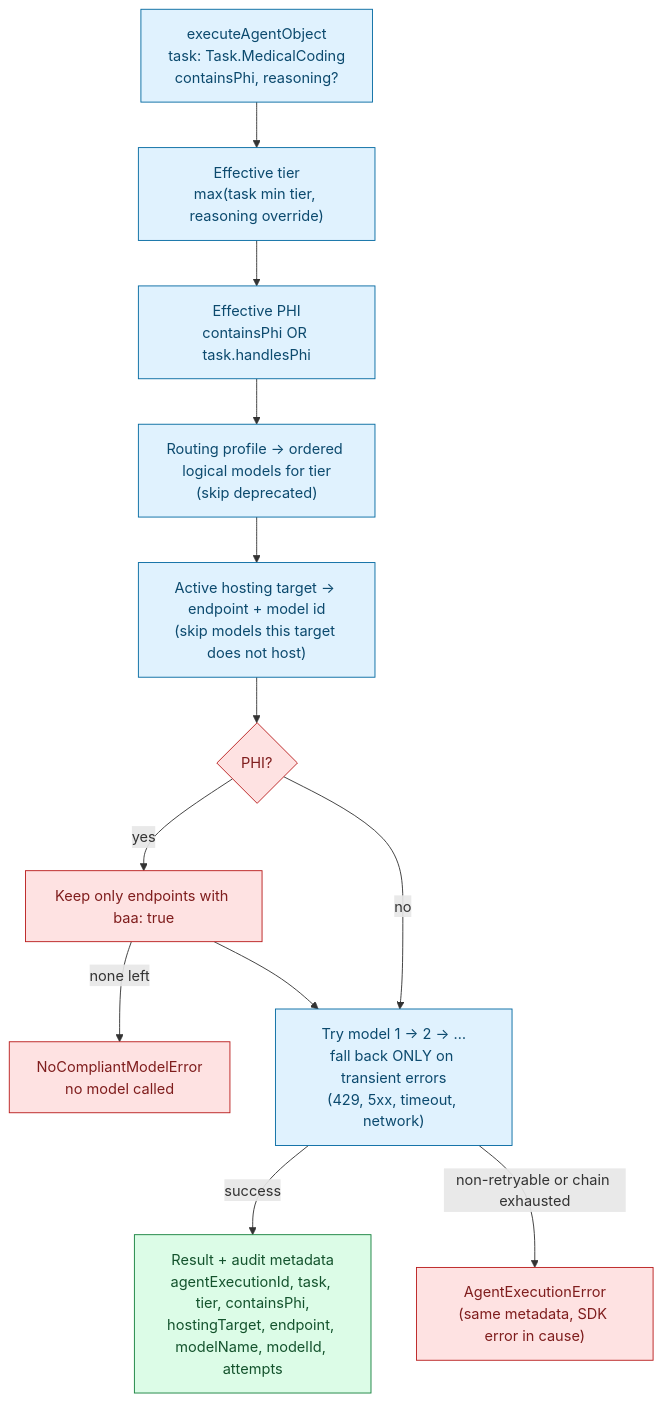
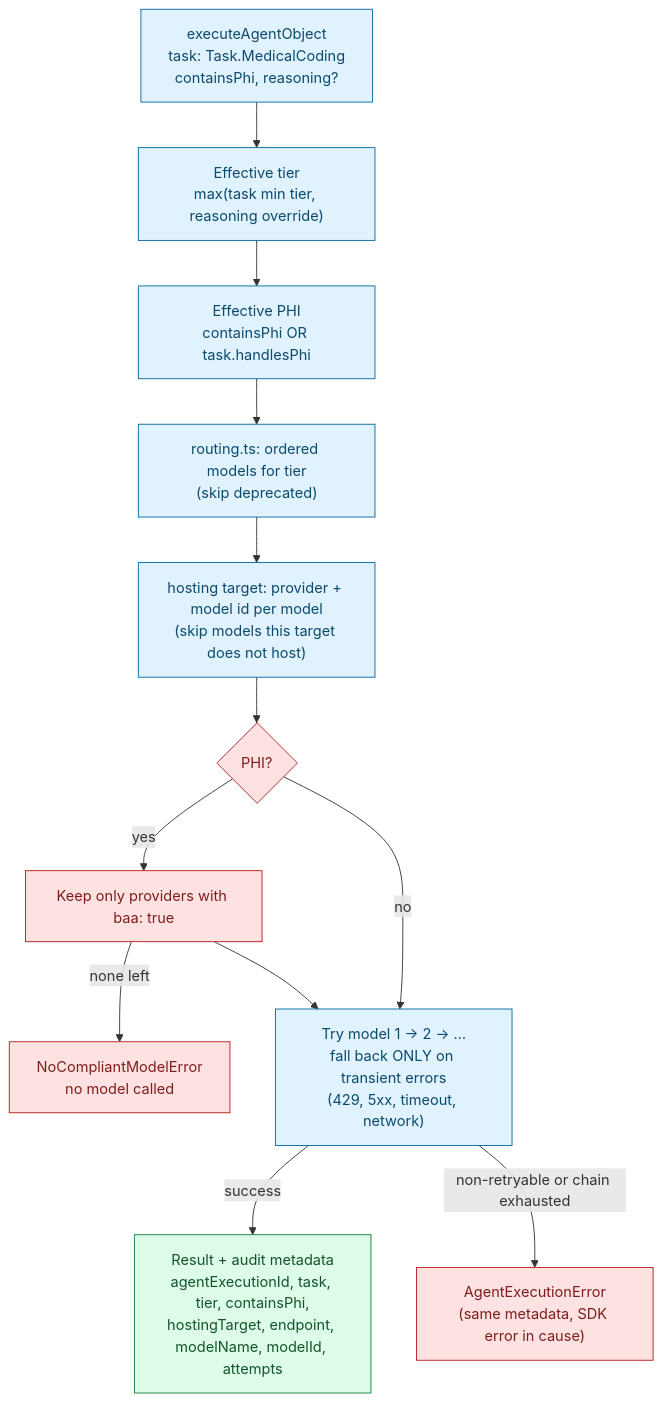
Before and after one commit to imRahul05/ASC-EHR: the second of 3 diagrams in packages/agents/README.md, drawn with Mermaid. The commit also changed other lines of this file and 24 other files, not shown here.

First line of the commit message:
refactor(agents): folder per concern (models/providers/hosting), add Azure OpenAI via @ai-sdk/azure

````diff
--- a/packages/agents/README.md
+++ b/packages/agents/README.md
@@ -53,26 +92,26 @@
 ```mermaid
 flowchart TD
     classDef step fill:#e0f2fe,stroke:#0369a1,color:#0c4a6e
     classDef gate fill:#fee2e2,stroke:#b91c1c,color:#7f1d1d
     classDef ok fill:#dcfce7,stroke:#15803d,color:#14532d
 
     A["executeAgentObject<br/>task: Task.MedicalCoding<br/>containsPhi, reasoning?"]:::step
     B["Effective tier<br/>max(task min tier, reasoning override)"]:::step
     C["Effective PHI<br/>containsPhi OR task.handlesPhi"]:::step
-    D["Routing profile → ordered logical models for tier<br/>(skip deprecated)"]:::step
-    E["Active hosting target → endpoint + model id<br/>(skip models this target does not host)"]:::step
+    D["routing.ts: ordered models for tier<br/>(skip deprecated)"]:::step
+    E["hosting target: provider + model id per model<br/>(skip models this target does not host)"]:::step
     F{"PHI?"}:::gate
-    G["Keep only endpoints with baa: true"]:::gate
+    G["Keep only providers with baa: true"]:::gate
     X["NoCompliantModelError<br/>no model called"]:::gate
     L["Try model 1 → 2 → …<br/>fall back ONLY on transient errors<br/>(429, 5xx, timeout, network)"]:::step
     OK["Result + audit metadata<br/>agentExecutionId, task, tier, containsPhi,<br/>hostingTarget, endpoint, modelName, modelId, attempts"]:::ok
     ERR["AgentExecutionError<br/>(same metadata, SDK error in cause)"]:::gate
 
     A --> B --> C --> D --> E --> F
     F -->|yes| G
     F -->|no| L
     G -->|none left| X
     G --> L
     L -->|success| OK
     L -->|non-retryable or chain exhausted| ERR
 ```
````
